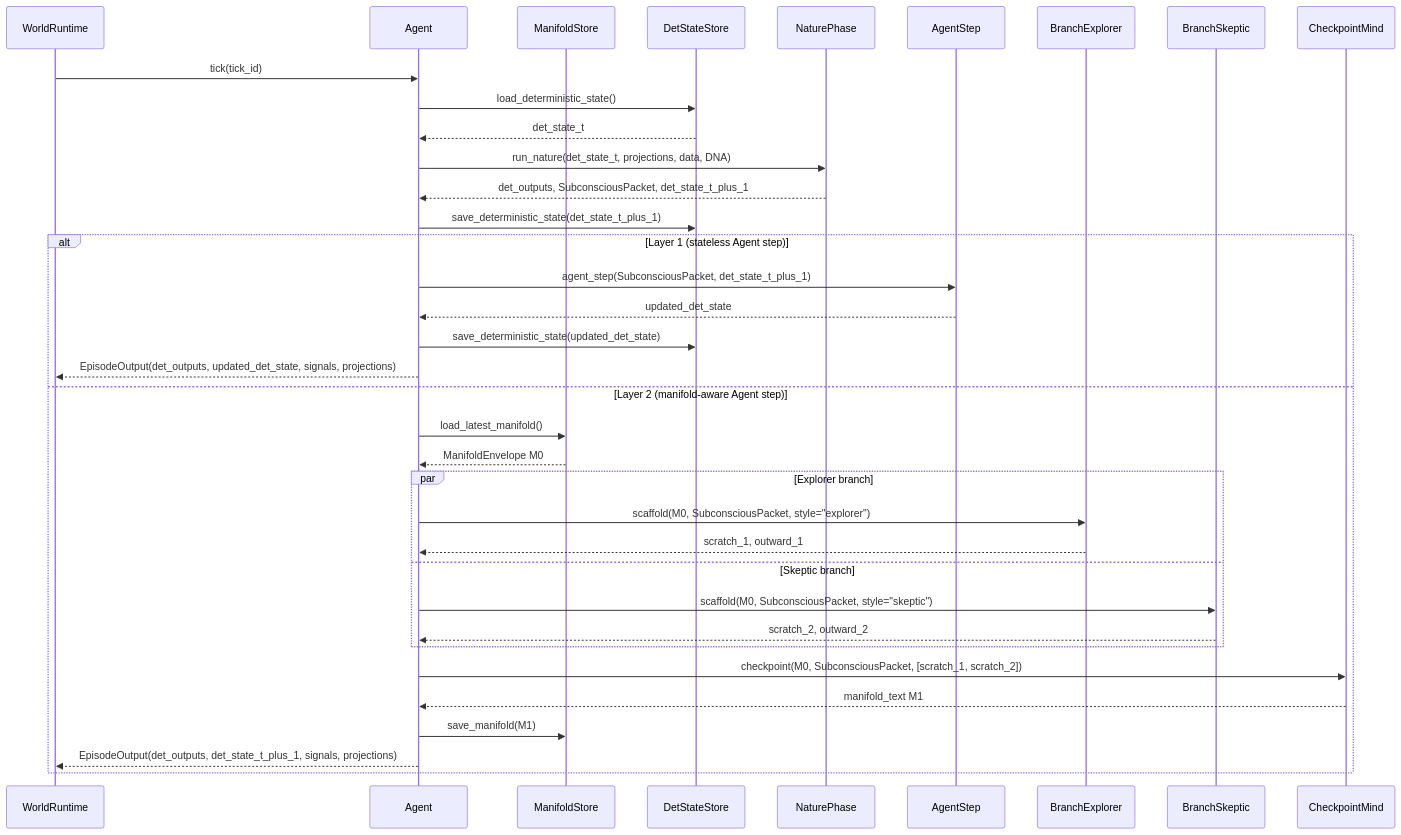
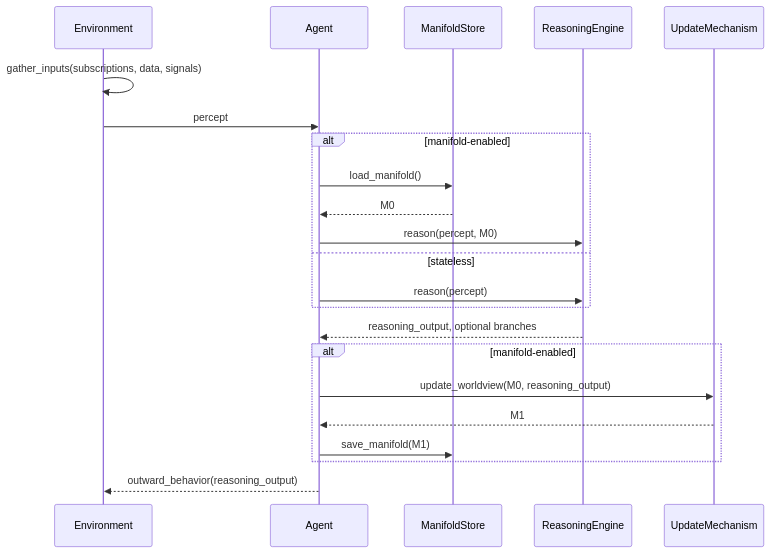
The first of 4 diagrams in README.md (evanfollis/synaplex), drawn with Mermaid before and after one commit. The commit also changed other lines of this file and 42 other files, not shown here.

````diff
--- a/README.md
+++ b/README.md
@@ -164,52 +162,29 @@
 ```mermaid
 sequenceDiagram
-    participant W as WorldRuntime
+    participant Env as Environment
     participant A as Agent
     participant MS as ManifoldStore
-    participant DS as DetStateStore
-    participant N as NaturePhase
-    participant AS as AgentStep
-    participant B1 as BranchExplorer
-    participant B2 as BranchSkeptic
-    participant CP as CheckpointMind
+    participant R as ReasoningEngine
+    participant U as UpdateMechanism
 
-    W->>A: tick(tick_id)
+    Env->>Env: gather_inputs(subscriptions, data, signals)
+    Env->>A: percept
 
-    %% Nature phase (no LLM, no manifolds)
-    A->>DS: load_deterministic_state()
-    DS-->>A: det_state_t
+    alt manifold-enabled
+        A->>MS: load_manifold()
+        MS-->>A: M0
+        A->>R: reason(percept, M0)
+    else stateless
+        A->>R: reason(percept)
+    end
 
-    A->>N: run_nature(det_state_t, projections, data, DNA)
-    N-->>A: det_outputs, SubconsciousPacket, det_state_t_plus_1
+    R-->>A: reasoning_output, optional branches
 
-    A->>DS: save_deterministic_state(det_state_t_plus_1)
+    alt manifold-enabled
+        A->>U: update_worldview(M0, reasoning_output)
+        U-->>A: M1
+        A->>MS: save_manifold(M1)
+    end
 
-    %% Agent step (world-mode dependent)
-    alt Layer 1 (stateless Agent step)
-        A->>AS: agent_step(SubconsciousPacket, det_state_t_plus_1)
-        AS-->>A: updated_det_state
-        A->>DS: save_deterministic_state(updated_det_state)
-        A-->>W: EpisodeOutput(det_outputs, updated_det_state, signals, projections)
-    else Layer 2 (manifold-aware Agent step)
-        %% Load nurture
-        A->>MS: load_latest_manifold()
-        MS-->>A: ManifoldEnvelope M0
-
-        %% Optional branching (conjecture)
-        par Explorer branch
-            A->>B1: scaffold(M0, SubconsciousPacket, style="explorer")
-            B1-->>A: scratch_1, outward_1
-        and Skeptic branch
-            A->>B2: scaffold(M0, SubconsciousPacket, style="skeptic")
-            B2-->>A: scratch_2, outward_2
-        end
-
-        %% Checkpoint ritual (criticism & nurture update)
-        A->>CP: checkpoint(M0, SubconsciousPacket, [scratch_1, scratch_2])
-        CP-->>A: manifold_text M1
-
-        A->>MS: save_manifold(M1)
-
-        A-->>W: EpisodeOutput(det_outputs, det_state_t_plus_1, signals, projections)
-    end
+    A-->>Env: outward_behavior(reasoning_output)
 ```
````
